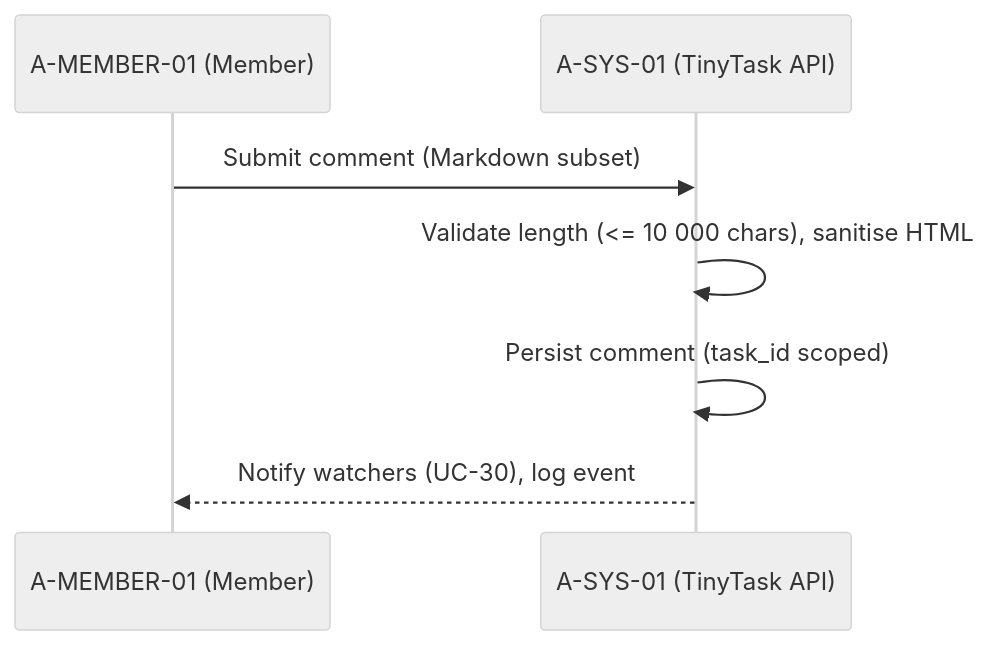
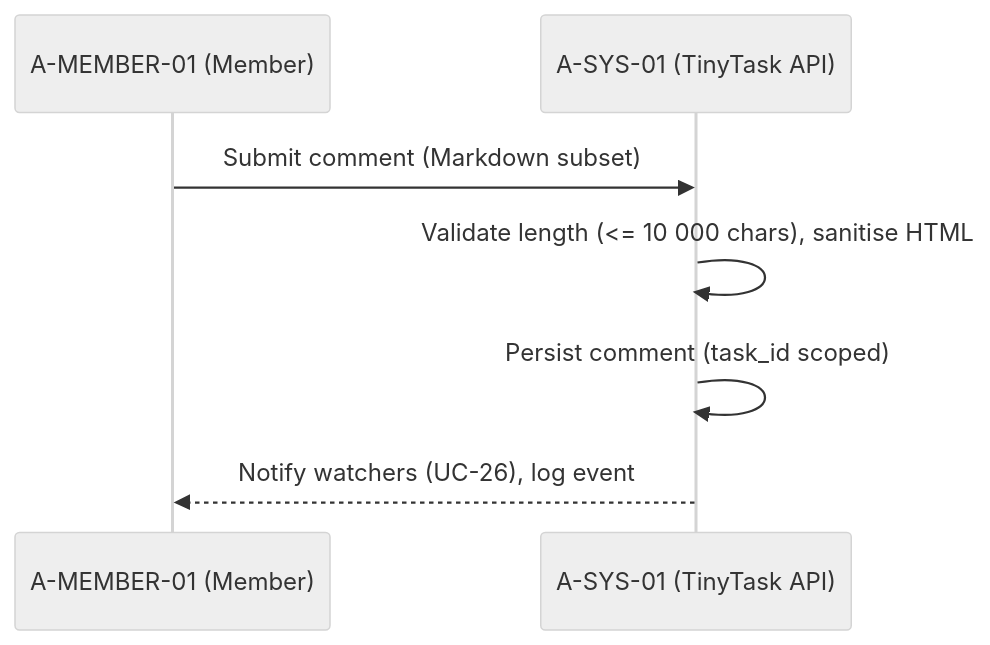
Diagram 12 of 23 in 02_CASES/Case_01_TinyTask_SaaS/03_PHASE3_DECOMPOSITION_RICH/annexes/B_Sequence_Diagrams.md (pauloribeiro16/Methodology_compact), drawn with Mermaid (neutral theme) before and after one commit. The commit also changed other lines of this file and 23 other files, not shown here.

Commit message:
[EXECUTOR] F3 ledger-zero C1: 4 borderline re-laned (UC-07/11/12/16 → PROC-18..21, P7) + compact renumber (36 UCs: compliance 01..13, product 14..36); Doc20 v3.4 + Doc32 v1.3 (4 SSDF cards + articulation) + annexes/SVGs; gates green (verify_rich exit 0, mermaid 196/196, smoke 16/16)

````diff
--- a/02_CASES/Case_01_TinyTask_SaaS/03_PHASE3_DECOMPOSITION_RICH/annexes/B_Sequence_Diagrams.md
+++ b/02_CASES/Case_01_TinyTask_SaaS/03_PHASE3_DECOMPOSITION_RICH/annexes/B_Sequence_Diagrams.md
@@ -159,9 +159,9 @@
 ```mermaid
 sequenceDiagram
     participant M as A-MEMBER-01 (Member)
     participant SYS as A-SYS-01 (TinyTask API)
     M->>SYS: Submit comment (Markdown subset)
     SYS->>SYS: Validate length (<= 10 000 chars), sanitise HTML
     SYS->>SYS: Persist comment (task_id scoped)
-    SYS-->>M: Notify watchers (UC-30), log event
+    SYS-->>M: Notify watchers (UC-26), log event
 ```
````
